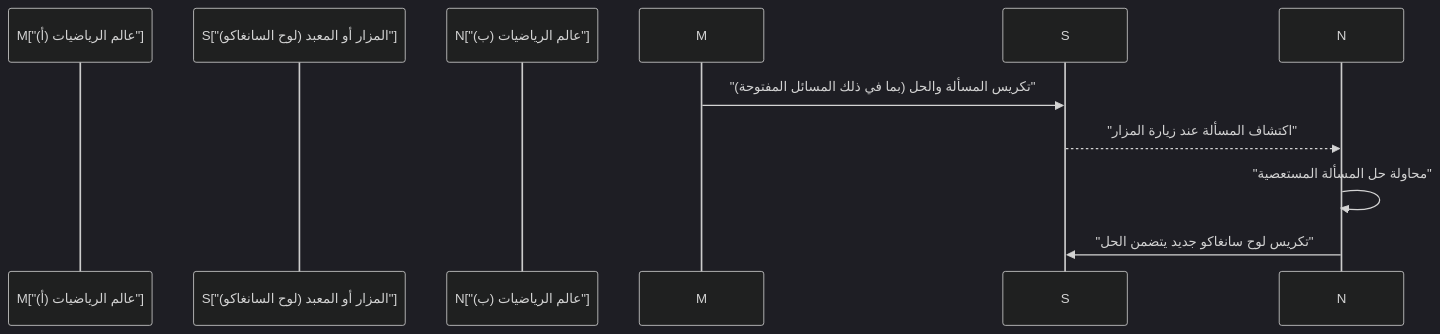
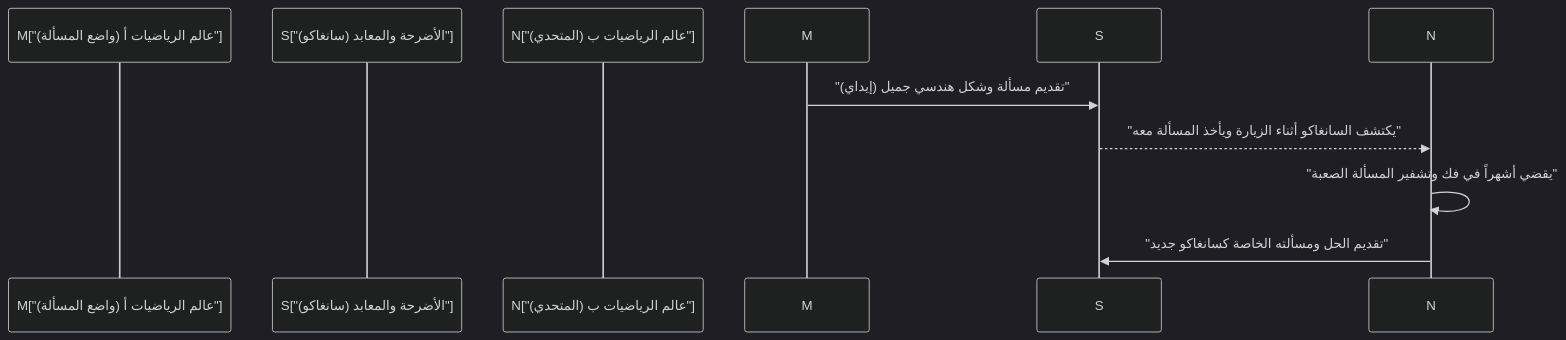
One commit to kenjinote/blog changed the second of 2 diagrams in content/post/history-of-wasan-japanese-mathematics/index.ar.md. Above: the diagram before and after it, drawn with Mermaid (dark theme). The commit also changed other lines of this file and 129 other files, not shown here.

````diff
--- a/content/post/history-of-wasan-japanese-mathematics/index.ar.md
+++ b/content/post/history-of-wasan-japanese-mathematics/index.ar.md
@@ -68,11 +70,11 @@
 ```mermaid
 sequenceDiagram
-    participant M["عالم الرياضيات (أ)"]
-    participant S["المزار أو المعبد (لوح السانغاكو)"]
-    participant N["عالم الرياضيات (ب)"]
+    participant M["عالم الرياضيات أ (واضع المسألة)"]
+    participant S["الأضرحة والمعابد (سانغاكو)"]
+    participant N["عالم الرياضيات ب (المتحدي)"]
     
-    M->>S: "تكريس المسألة والحل (بما في ذلك المسائل المفتوحة)"
-    S-->>N: "اكتشاف المسألة عند زيارة المزار"
-    N->>N: "محاولة حل المسألة المستعصية"
-    N->>S: "تكريس لوح سانغاكو جديد يتضمن الحل"
+    M->>S: "تقديم مسألة وشكل هندسي جميل (إيداي)"
+    S-->>N: "يكتشف السانغاكو أثناء الزيارة ويأخذ المسألة معه"
+    N->>N: "يقضي أشهراً في فك وتشفير المسألة الصعبة"
+    N->>S: "تقديم الحل ومسألته الخاصة كسانغاكو جديد"
 ```
````
